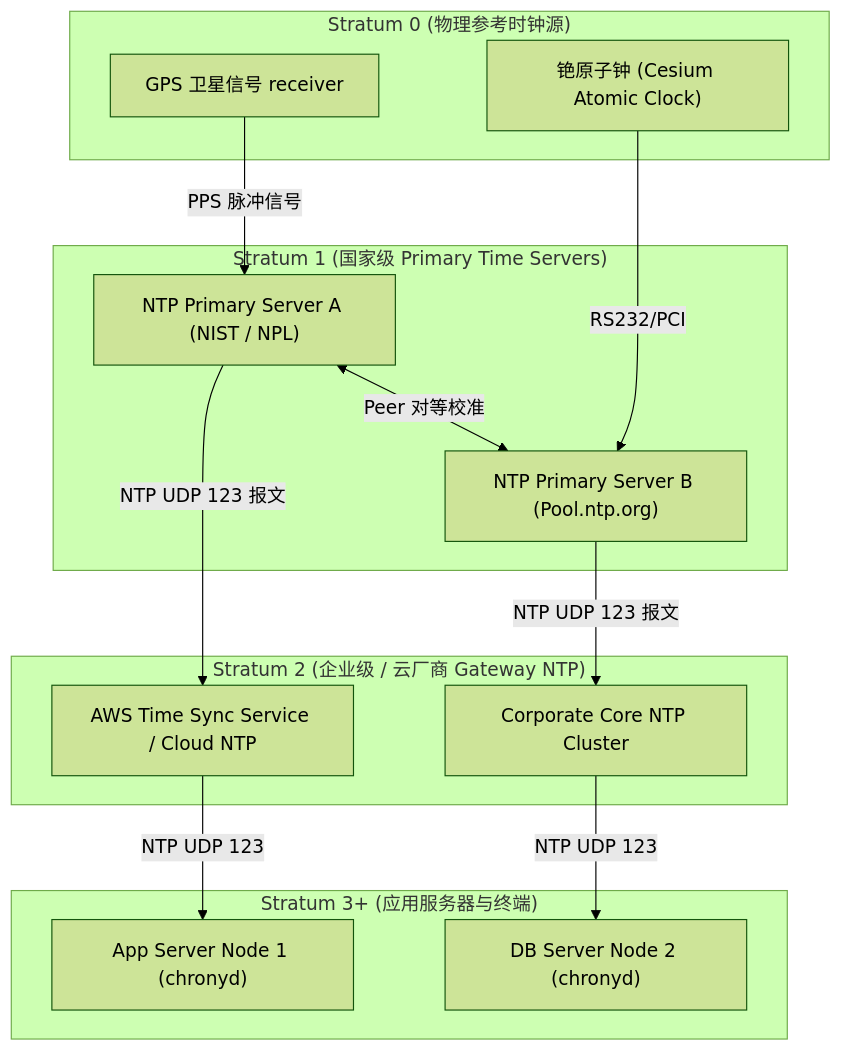
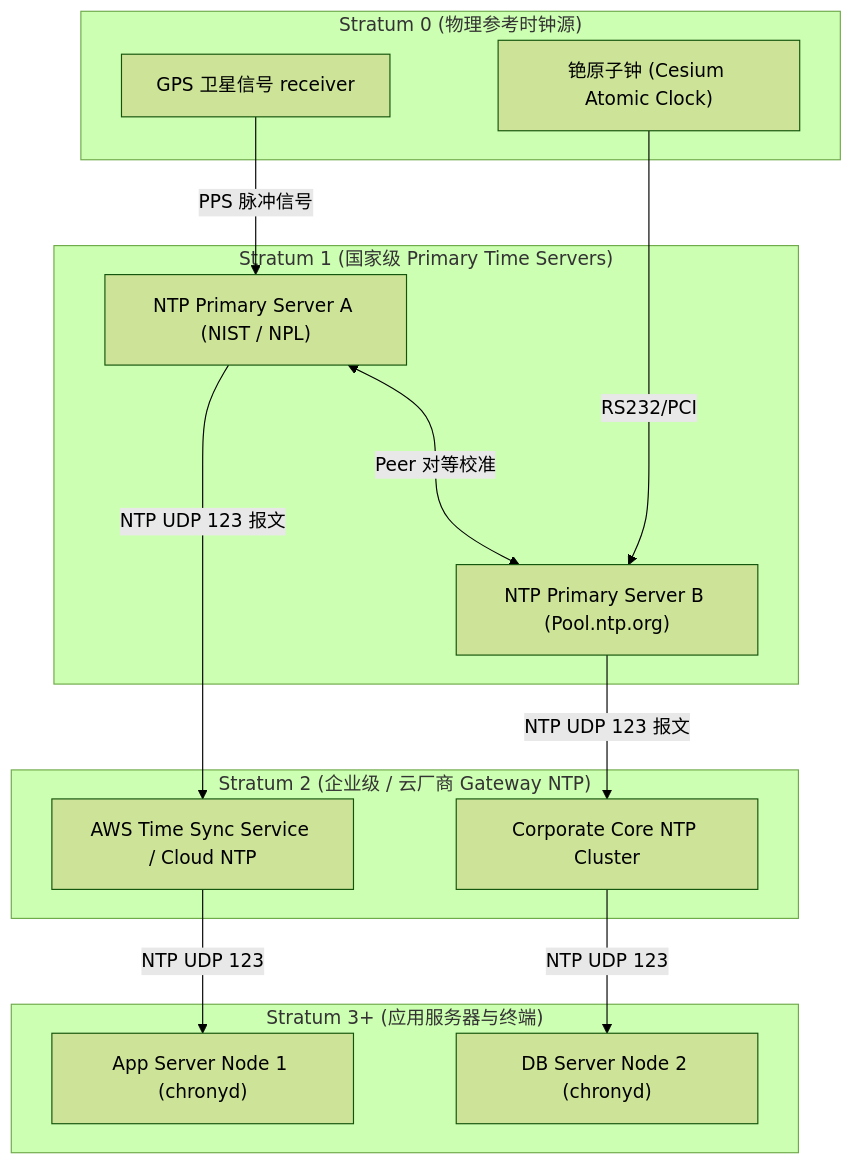
Before and after one commit to koosai/AI-Architect-Learning: the second of 5 diagrams in docs/atlas/ntp.mdx, drawn with Mermaid (forest theme). The commit also changed 68 other files, not shown here.

Commit message:
fix(atlas): fix browser client-side Mermaid rendering for mindmaps and flowcharts across 67 case studies

````diff
--- a/docs/atlas/ntp.mdx
+++ b/docs/atlas/ntp.mdx
@@ -86,33 +86,33 @@
 ```mermaid
 flowchart TB
   subgraph Stratum0["Stratum 0 (物理参考时钟源)"]
     GPS["GPS 卫星信号 receiver"]
     AtomicClock["铯原子钟 (Cesium Atomic Clock)"]
   end
 
   subgraph Stratum1["Stratum 1 (国家级 Primary Time Servers)"]
     S1A["NTP Primary Server A (NIST / NPL)"]
     S1B["NTP Primary Server B (Pool.ntp.org)"]
   end
 
   subgraph Stratum2["Stratum 2 (企业级 / 云厂商 Gateway NTP)"]
     AWS_NTP["AWS Time Sync Service / Cloud NTP"]
     Corp_NTP["Corporate Core NTP Cluster"]
   end
 
   subgraph Stratum3["Stratum 3+ (应用服务器与终端)"]
     Node1["App Server Node 1 (chronyd)"]
     Node2["DB Server Node 2 (chronyd)"]
   end
 
   GPS -->|PPS 脉冲信号| S1A
   AtomicClock -->|RS232/PCI| S1B
 
-  S1A <-->|Peer 对等校准| S1B
+  S1A <--->|Peer 对等校准| S1B
 
   S1A -->|NTP UDP 123 报文| AWS_NTP
   S1B -->|NTP UDP 123 报文| Corp_NTP
 
   AWS_NTP -->|NTP UDP 123| Node1
   Corp_NTP -->|NTP UDP 123| Node2
 ```
````
